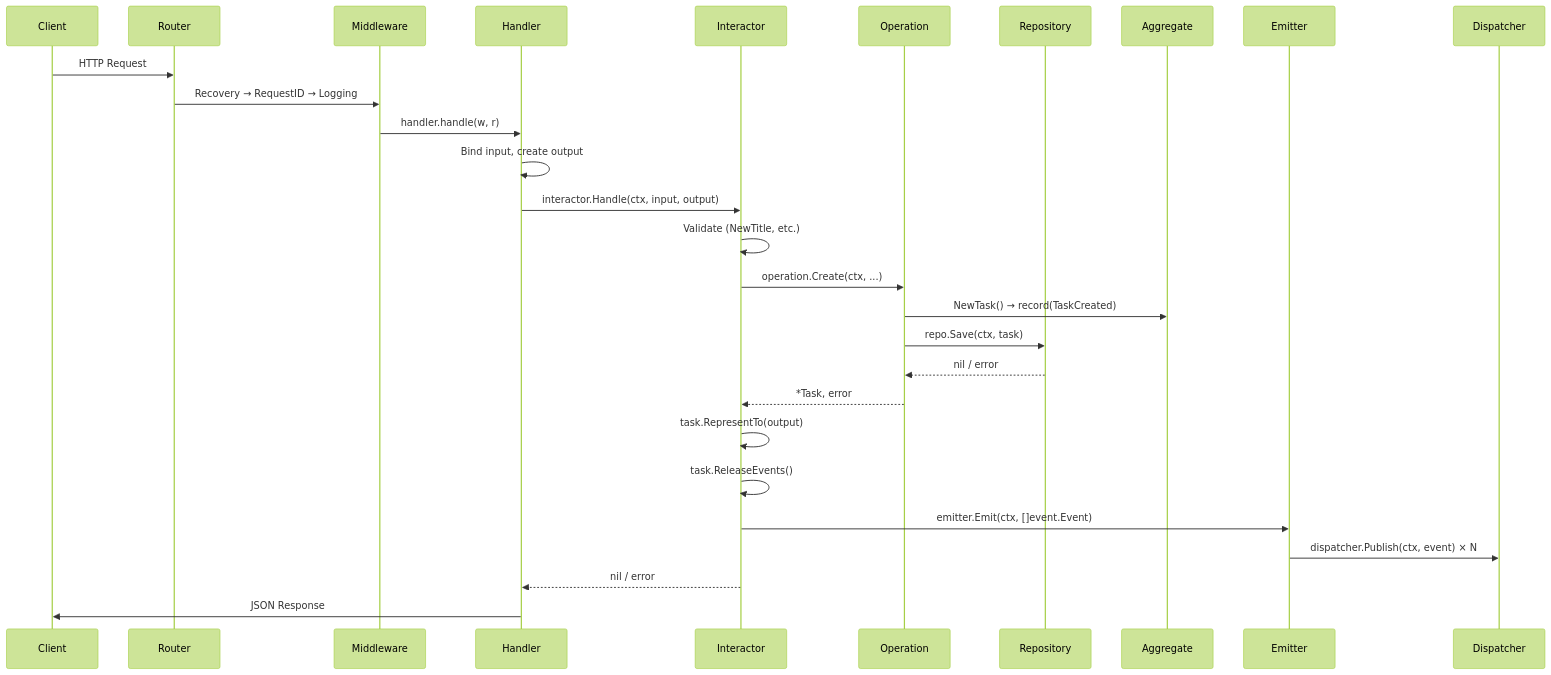
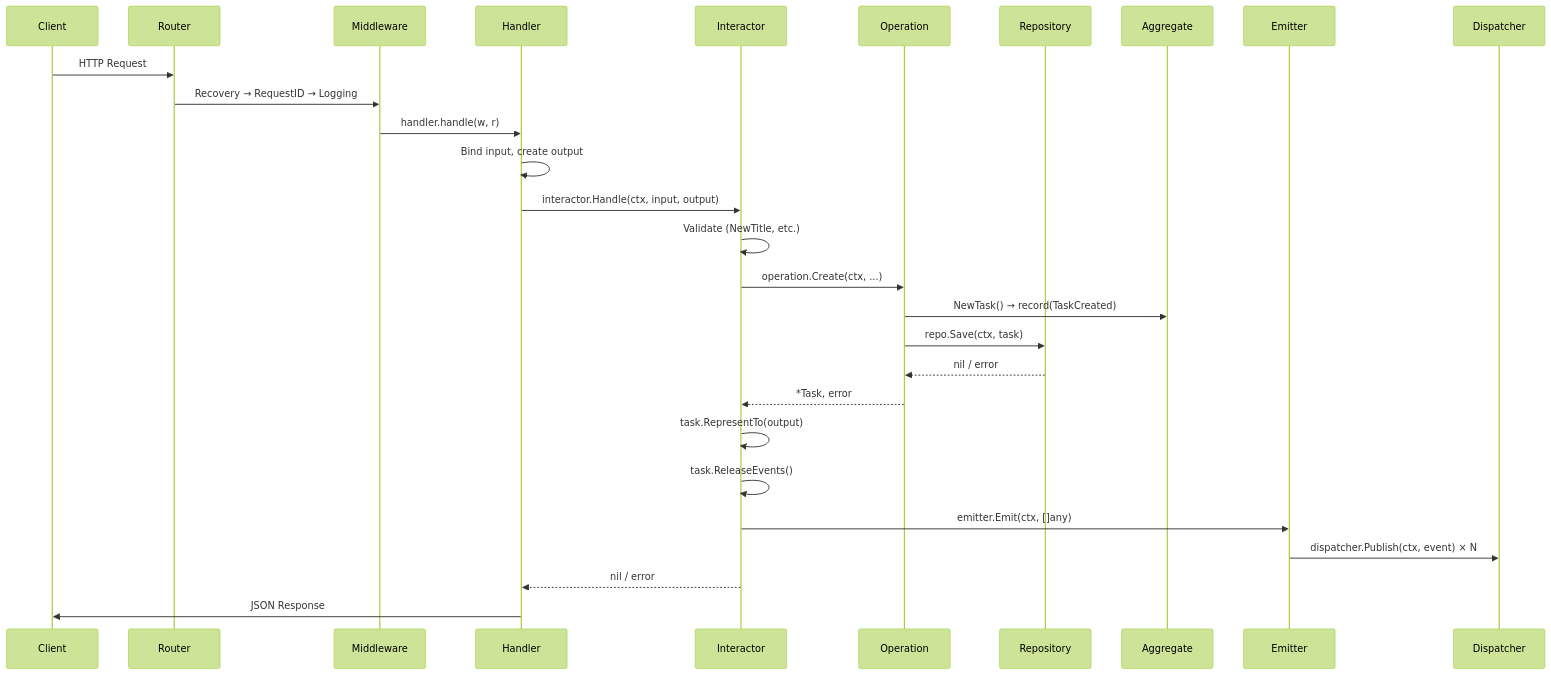
The second of 14 diagrams in README.md (shuldan/skeleton), drawn with Mermaid (forest theme) before and after one commit. The commit also changed other lines of this file and 16 other files, not shown here.

````diff
--- a/README.md
+++ b/README.md
@@ -170,31 +169,31 @@
 ```mermaid
 sequenceDiagram
     participant C as Client
     participant R as Router
     participant MW as Middleware
     participant H as Handler
     participant I as Interactor
     participant O as Operation
     participant Repo as Repository
     participant Agg as Aggregate
     participant E as Emitter
     participant D as Dispatcher
 
     C->>R: HTTP Request
     R->>MW: Recovery → RequestID → Logging
     MW->>H: handler.handle(w, r)
     H->>H: Bind input, create output
     H->>I: interactor.Handle(ctx, input, output)
     I->>I: Validate (NewTitle, etc.)
     I->>O: operation.Create(ctx, ...)
     O->>Agg: NewTask() → record(TaskCreated)
     O->>Repo: repo.Save(ctx, task)
     Repo-->>O: nil / error
     O-->>I: *Task, error
     I->>I: task.RepresentTo(output)
     I->>I: task.ReleaseEvents()
-    I->>E: emitter.Emit(ctx, []event.Event)
+    I->>E: emitter.Emit(ctx, []any)
     E->>D: dispatcher.Publish(ctx, event) × N
     I-->>H: nil / error
     H->>C: JSON Response
 ```
````
